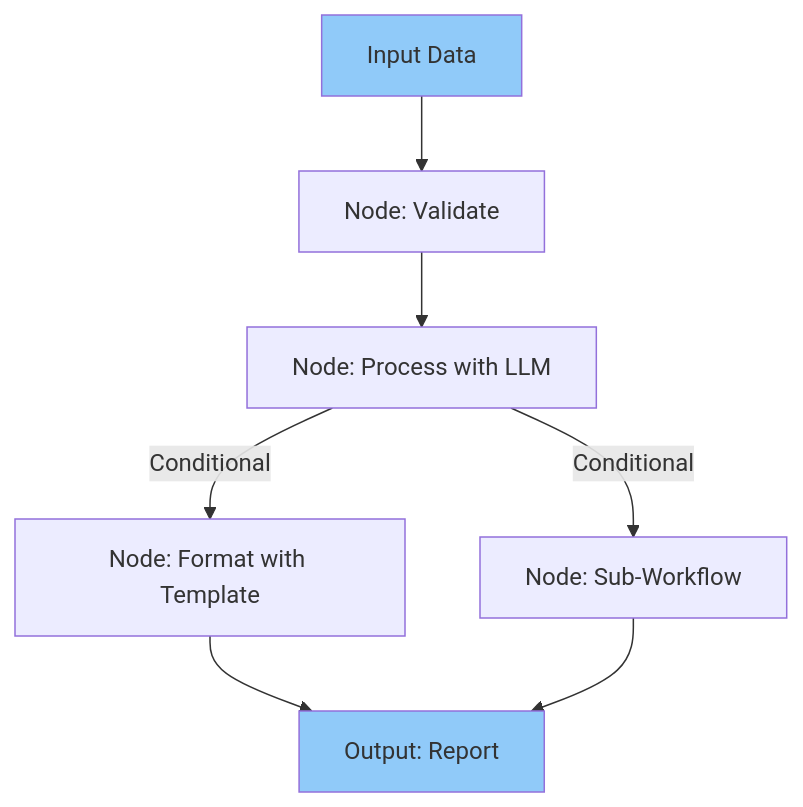
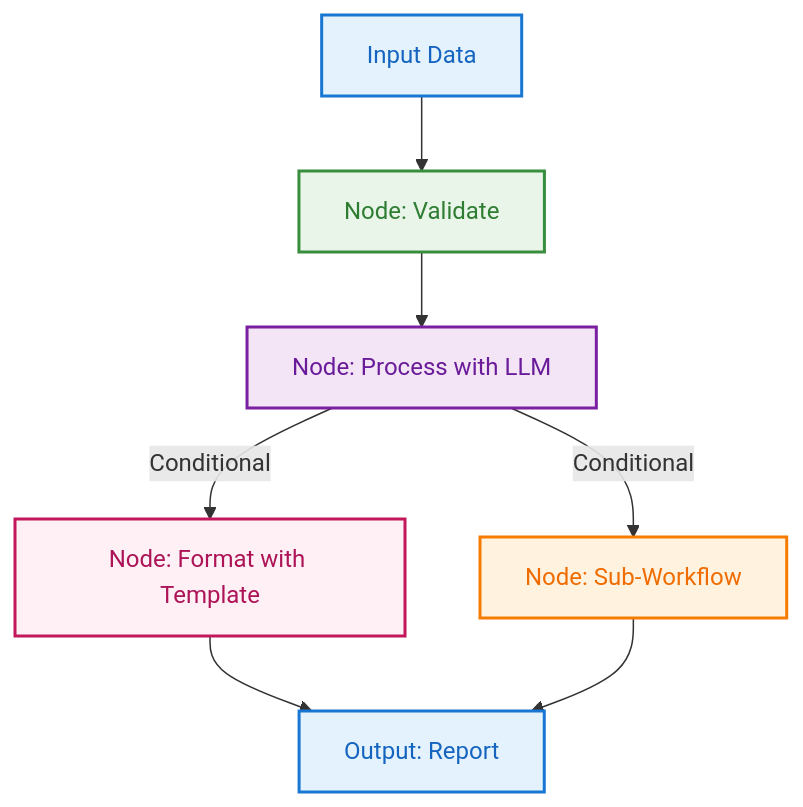
One commit to quantalogic/quantalogic changed the first of 6 diagrams in quantalogic_flow/README.md. Above: the diagram before and after it, drawn with Mermaid. The commit also changed other lines of this file and 1 other file, not shown here.

Commit message:
style: update color scheme for Mermaid diagrams to enhance readability and accessibility

````diff
--- a/quantalogic_flow/README.md
+++ b/quantalogic_flow/README.md
@@ -64,11 +64,15 @@
 ```mermaid
 graph TD
     A[Input Data] --> B[Node: Validate]
     B --> C[Node: Process with LLM]
     C -->|Conditional| D[Node: Format with Template]
     C -->|Conditional| E[Node: Sub-Workflow]
     D --> F[Output: Report]
     E --> F
-    style A fill:#90CAF9
-    style F fill:#90CAF9
+    style A fill:#E3F2FD,stroke:#1976D2,stroke-width:2px,color:#1565C0
+    style B fill:#E8F5E8,stroke:#388E3C,stroke-width:2px,color:#2E7D32
+    style C fill:#F3E5F5,stroke:#7B1FA2,stroke-width:2px,color:#6A1B9A
+    style D fill:#FFF0F5,stroke:#C2185B,stroke-width:2px,color:#AD1457
+    style E fill:#FFF3E0,stroke:#F57C00,stroke-width:2px,color:#EF6C00
+    style F fill:#E3F2FD,stroke:#1976D2,stroke-width:2px,color:#1565C0
 ```
````
